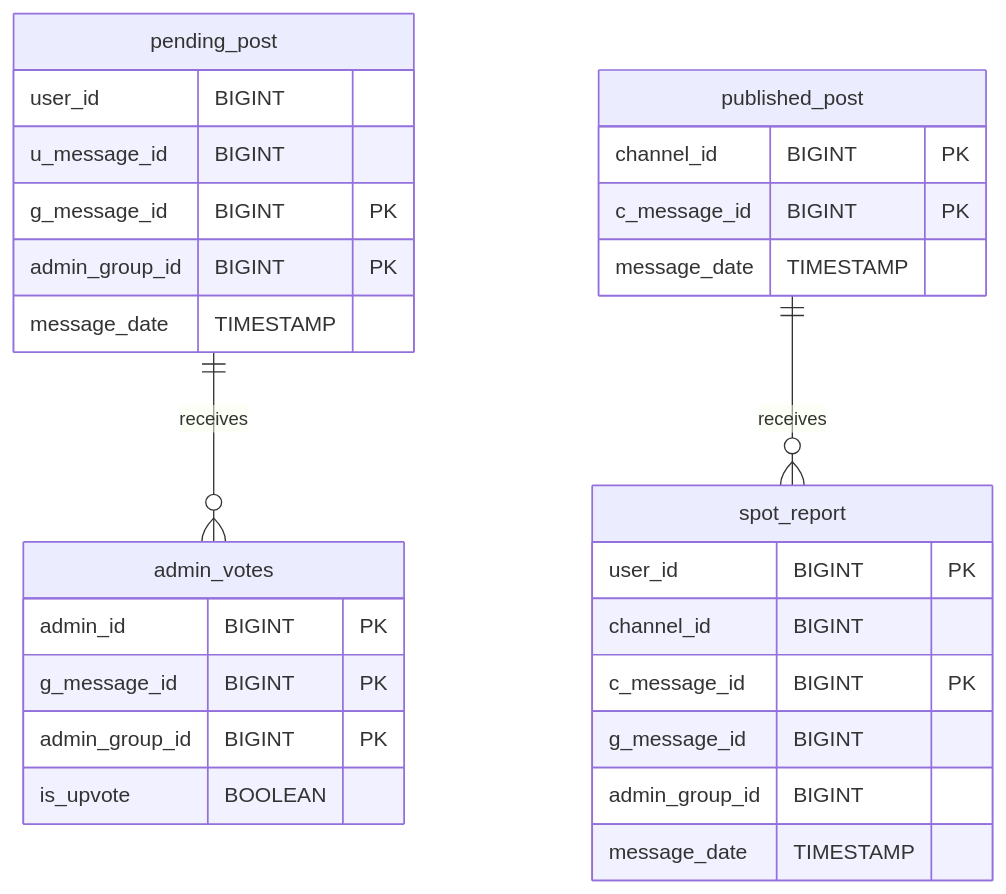
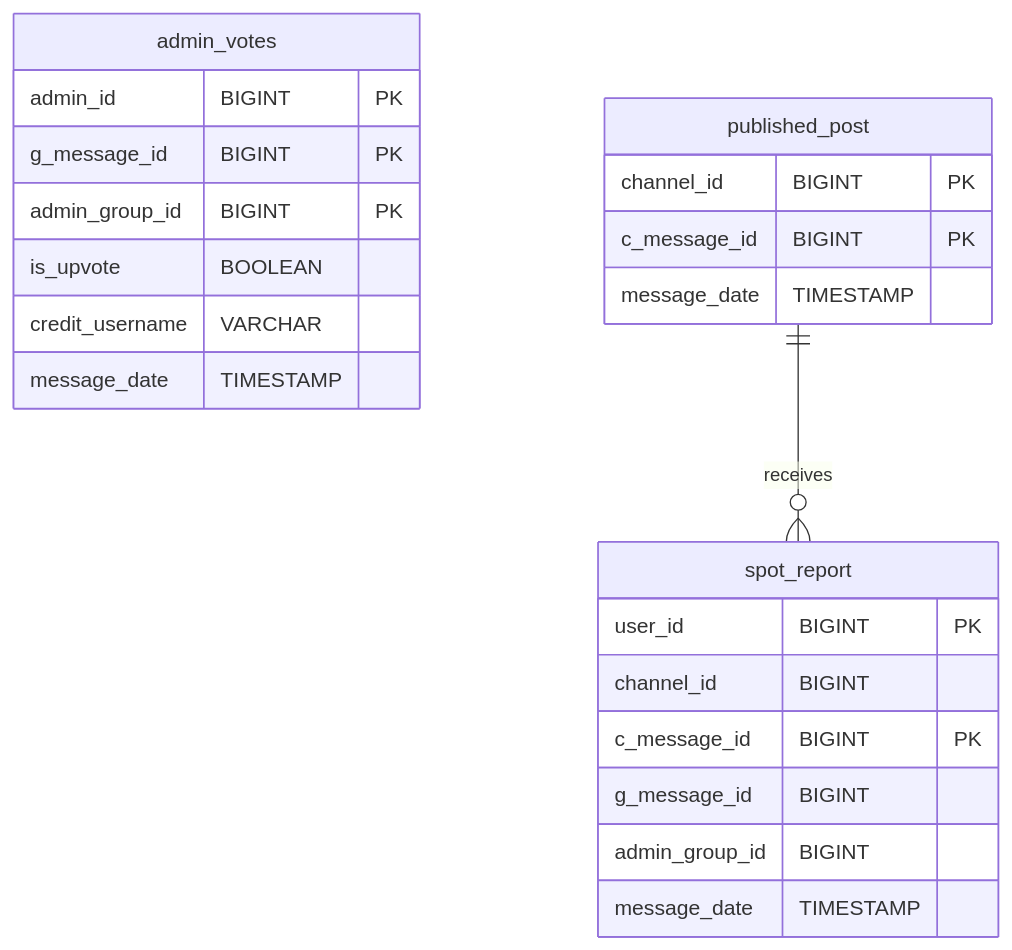
The first of 3 diagrams in docs/source/dbschema.rst (UNICT-DMI/Telegram-SpottedDMI-Bot), drawn with Mermaid before and after one commit. The commit also changed 3 other files, not shown here.

Commit message:
docs: update db schema and references after pending_post table removal

```diff
--- a/docs/source/dbschema.rst
+++ b/docs/source/dbschema.rst
@@ -7,36 +7,28 @@
 .. mermaid::
 
    erDiagram
-   "pending_post" {
-      user_id BIGINT
-      u_message_id BIGINT
-      g_message_id BIGINT PK
-      admin_group_id BIGINT PK
-      message_date TIMESTAMP
-   }
-
    "admin_votes" {
       admin_id BIGINT PK
       g_message_id BIGINT PK
       admin_group_id BIGINT PK
       is_upvote BOOLEAN
+      credit_username VARCHAR
+      message_date TIMESTAMP
    }
-
-   pending_post ||--o{ admin_votes : receives
 
    "published_post" {
       channel_id BIGINT PK
       c_message_id BIGINT PK
       message_date TIMESTAMP
    }
 
    "spot_report" {
       user_id BIGINT PK
       channel_id BIGINT
       c_message_id BIGINT PK
       g_message_id BIGINT
       admin_group_id BIGINT
       message_date TIMESTAMP
    }
 
    published_post ||--o{ spot_report : receives
```
